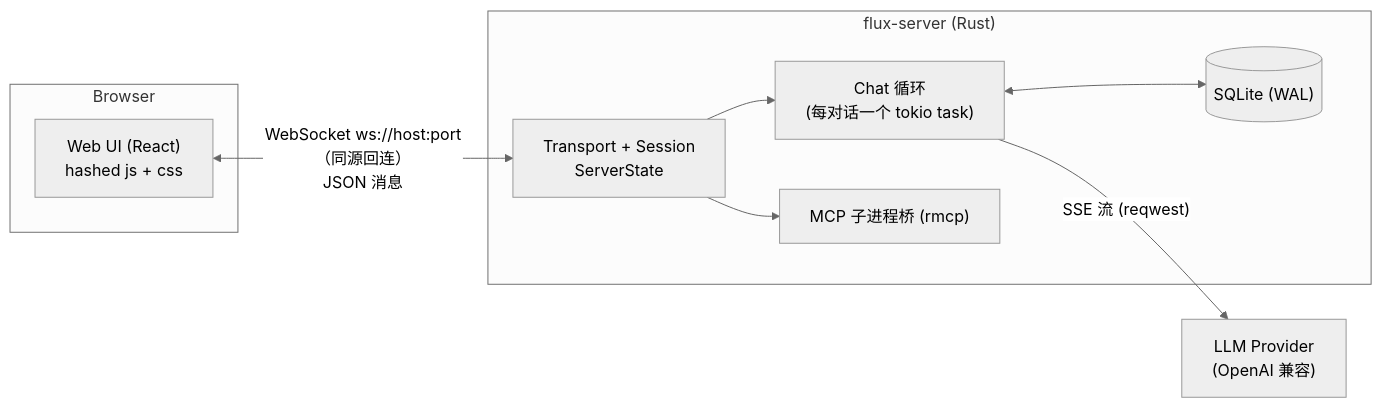
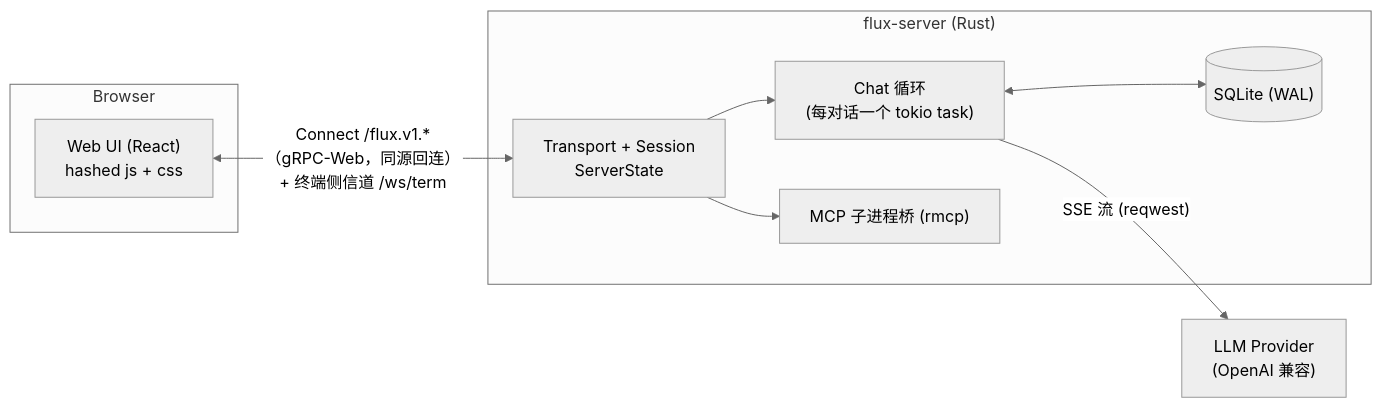
Before and after one commit to km0e/flux: the first of 8 diagrams in docs/architecture.md, drawn with Mermaid (neutral theme). The commit also changed other lines of this file and 167 other files, not shown here.

````diff
--- a/docs/architecture.md
+++ b/docs/architecture.md
@@ -37,17 +37,17 @@
 ```mermaid
 flowchart LR
  subgraph WEB["Browser"]
  WV["Web UI (React)<br/>hashed js + css"]
  end
- WV <-->|"WebSocket ws://host:port（同源回连）<br/>JSON 消息"| SRV
+ WV <-->|"Connect /flux.v1.*（gRPC-Web，同源回连）<br/>+ 终端侧信道 /ws/term"| SRV
  subgraph SERVER["flux-server (Rust)"]
  SRV["Transport + Session<br/>ServerState"]
  CHAT["Chat 循环<br/>(每对话一个 tokio task)"]
  STORE[("SQLite (WAL)")]
  MCP["MCP 子进程桥 (rmcp)"]
  end
  SRV --> CHAT
  CHAT <--> STORE
  CHAT -->|"SSE 流 (reqwest)"| LLM["LLM Provider<br/>(OpenAI 兼容)"]
  SRV --> MCP
 ```
````
